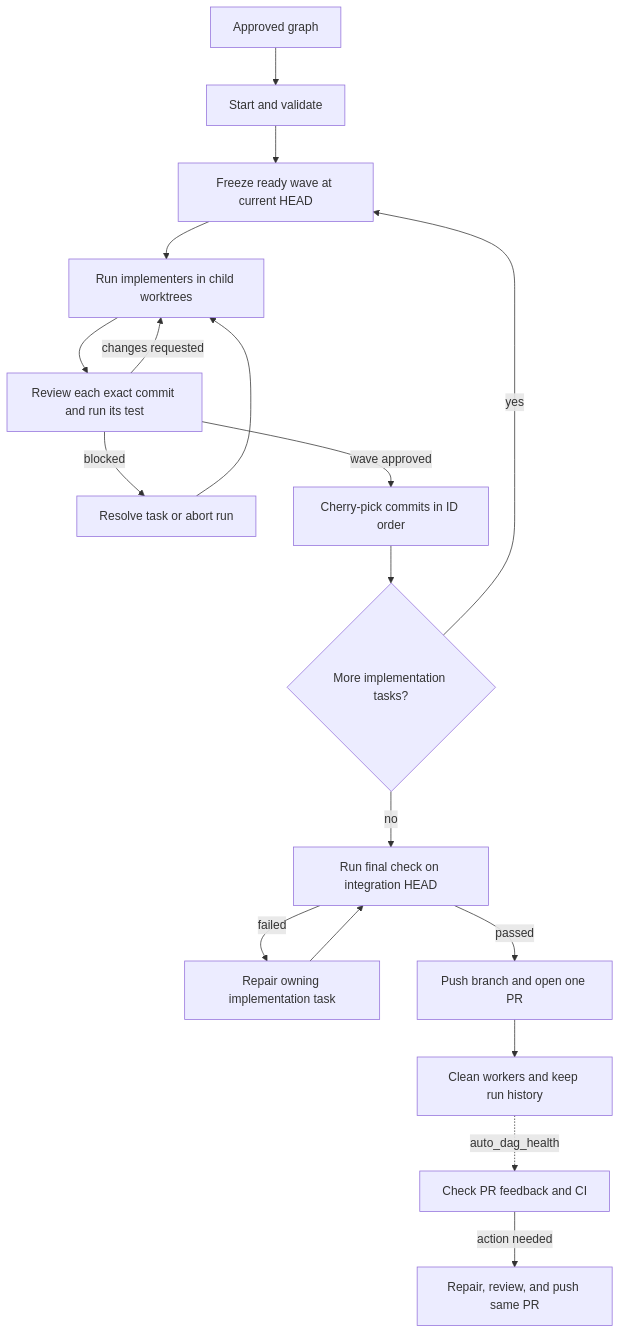
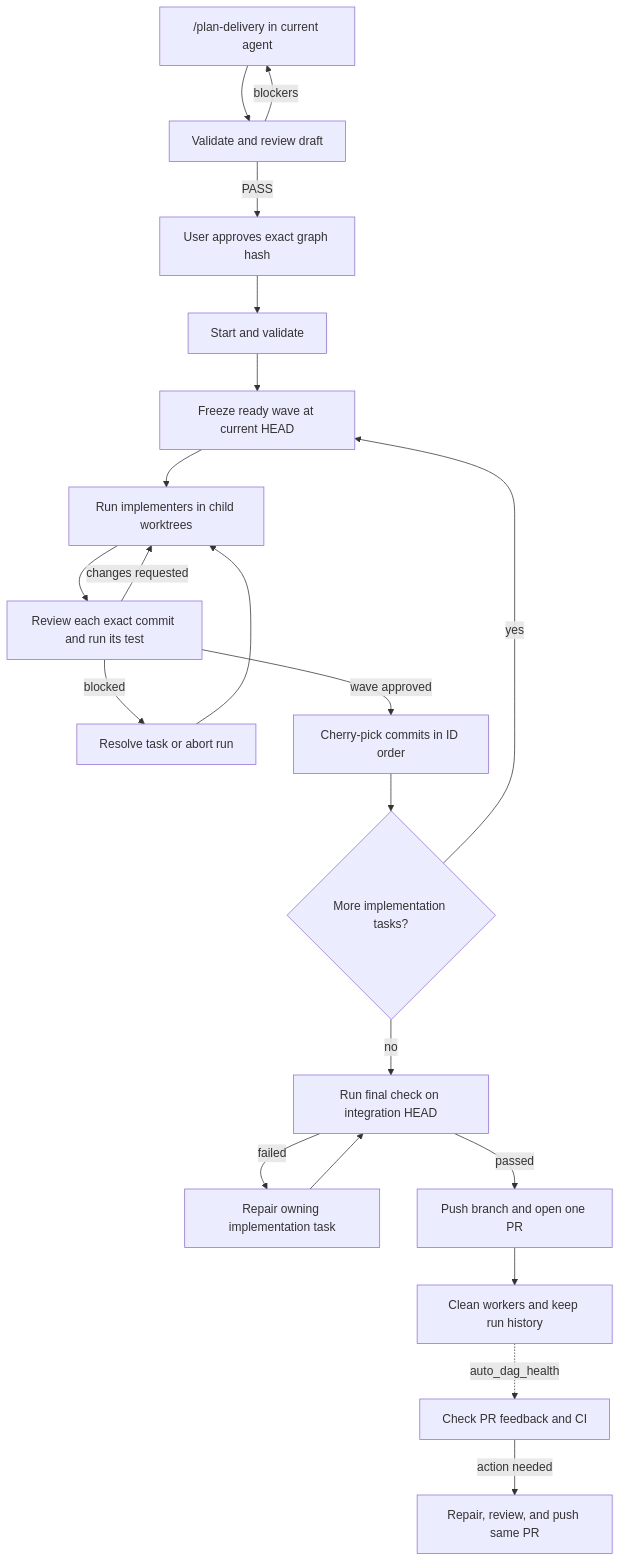
The diagram in packages/pi-auto-dag/README.md (HenryQW/pi-harness), drawn with Mermaid before and after one commit. The commit also changed other lines of this file and 19 other files, not shown here.

````diff
--- a/packages/pi-auto-dag/README.md
+++ b/packages/pi-auto-dag/README.md
@@ -155,20 +147,23 @@
 ```mermaid
 flowchart TD
-    A["Approved graph"] --> B["Start and validate"]
+    P["/plan-delivery in current agent"] --> R["Validate and review draft"]
+    R -->|blockers| P
+    R -->|PASS| A["User approves exact graph hash"]
+    A --> B["Start and validate"]
     B --> C["Freeze ready wave at current HEAD"]
     C --> D["Run implementers in child worktrees"]
     D --> E["Review each exact commit and run its test"]
     E -->|changes requested| D
     E -->|blocked| X["Resolve task or abort run"]
     X --> D
     E -->|wave approved| F["Cherry-pick commits in ID order"]
     F --> G{"More implementation tasks?"}
     G -->|yes| C
     G -->|no| H["Run final check on integration HEAD"]
     H -->|failed| I["Repair owning implementation task"]
     I --> H
     H -->|passed| J["Push branch and open one PR"]
     J --> K["Clean workers and keep run history"]
     K -. auto_dag_health .-> L["Check PR feedback and CI"]
     L -->|action needed| M["Repair, review, and push same PR"]
 ```
````
